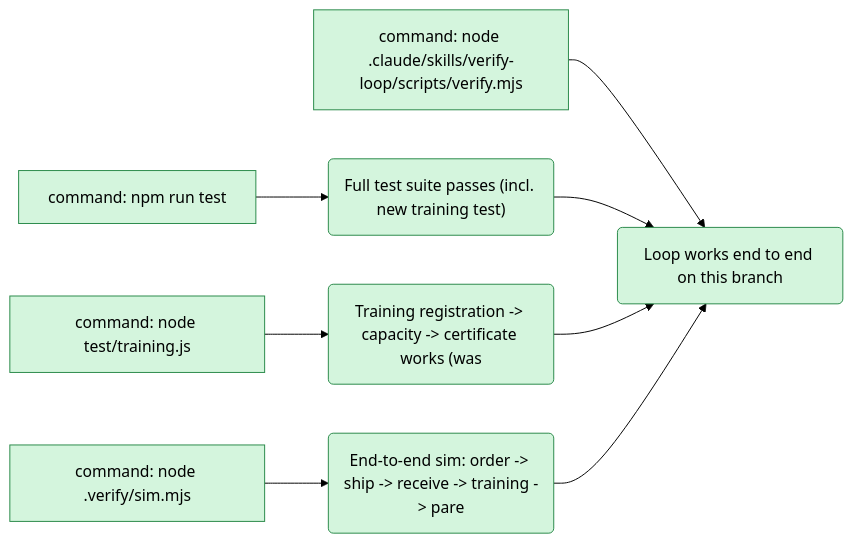
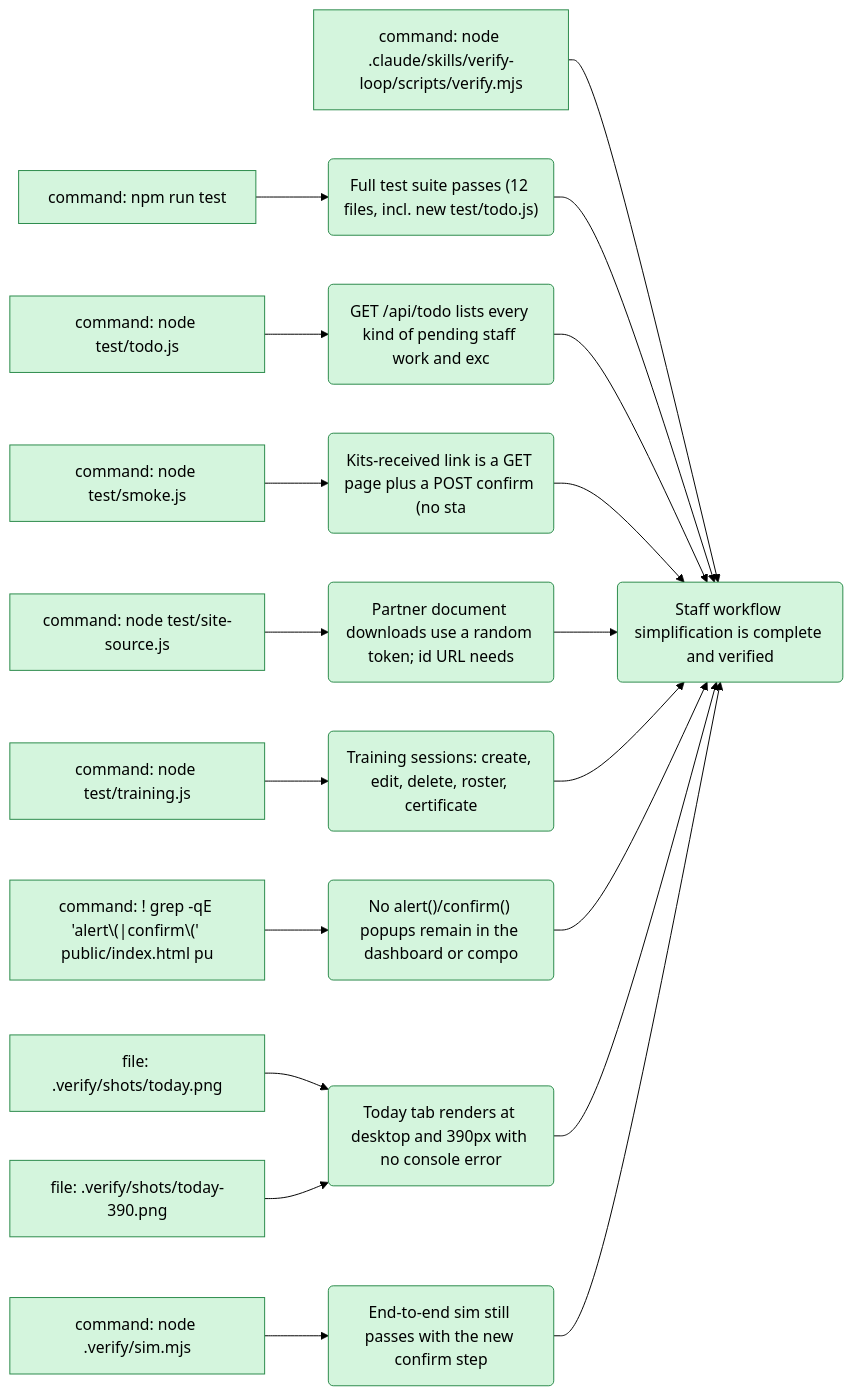
The diagram in .verify/proof.md (owenchlee/StrongStart), drawn with Mermaid (forest theme) before and after one commit. The commit also changed 34 other files, not shown here.

First line of the commit message:
Simplify the staff workflow: Today tab, Training tab, order actions, safer links

````diff
--- a/.verify/proof.md
+++ b/.verify/proof.md
@@ -1,20 +1,42 @@
 ```mermaid
 flowchart LR
   e_tests["command: npm run test"]:::ok
+  e_todo["command: node test/todo.js"]:::ok
+  e_smoke["command: node test/smoke.js"]:::ok
+  e_site["command: node test/site-source.js"]:::ok
   e_training["command: node test/training.js"]:::ok
+  e_noalert["command: ! grep -qE 'alert\(|confirm\(' public/index.html pu"]:::ok
+  e_shot["file: .verify/shots/today.png"]:::ok
+  e_shot390["file: .verify/shots/today-390.png"]:::ok
   e_sim["command: node .verify/sim.mjs"]:::ok
   e_gate["command: node .claude/skills/verify-loop/scripts/verify.mjs"]:::ok
-  c_tests("Full test suite passes (incl. new training test)"):::ok
-  c_training("Training registration -> capacity -> certificate works (was "):::ok
-  c_sim("End-to-end sim: order -> ship -> receive -> training -> pare"):::ok
-  c_done("Loop works end to end on this branch"):::ok
+  c_tests("Full test suite passes (12 files, incl. new test/todo.js)"):::ok
+  c_todo("GET /api/todo lists every kind of pending staff work and exc"):::ok
+  c_received("Kits-received link is a GET page plus a POST confirm (no sta"):::ok
+  c_docs("Partner document downloads use a random token; id URL needs "):::ok
+  c_training("Training sessions: create, edit, delete, roster, certificate"):::ok
+  c_noalert("No alert()/confirm() popups remain in the dashboard or compo"):::ok
+  c_shots("Today tab renders at desktop and 390px with no console error"):::ok
+  c_sim("End-to-end sim still passes with the new confirm step"):::ok
+  c_done("Staff workflow simplification is complete and verified"):::ok
   e_tests --> c_tests
+  e_todo --> c_todo
+  e_smoke --> c_received
+  e_site --> c_docs
   e_training --> c_training
+  e_noalert --> c_noalert
+  e_shot --> c_shots
+  e_shot390 --> c_shots
   e_sim --> c_sim
   e_gate --> c_done
   c_tests --> c_done
+  c_todo --> c_done
+  c_received --> c_done
+  c_docs --> c_done
   c_training --> c_done
+  c_noalert --> c_done
+  c_shots --> c_done
   c_sim --> c_done
   classDef ok fill:#d4f5dd,stroke:#2a8a4a
   classDef bad fill:#fbd5d5,stroke:#c0392b
 ```
````
